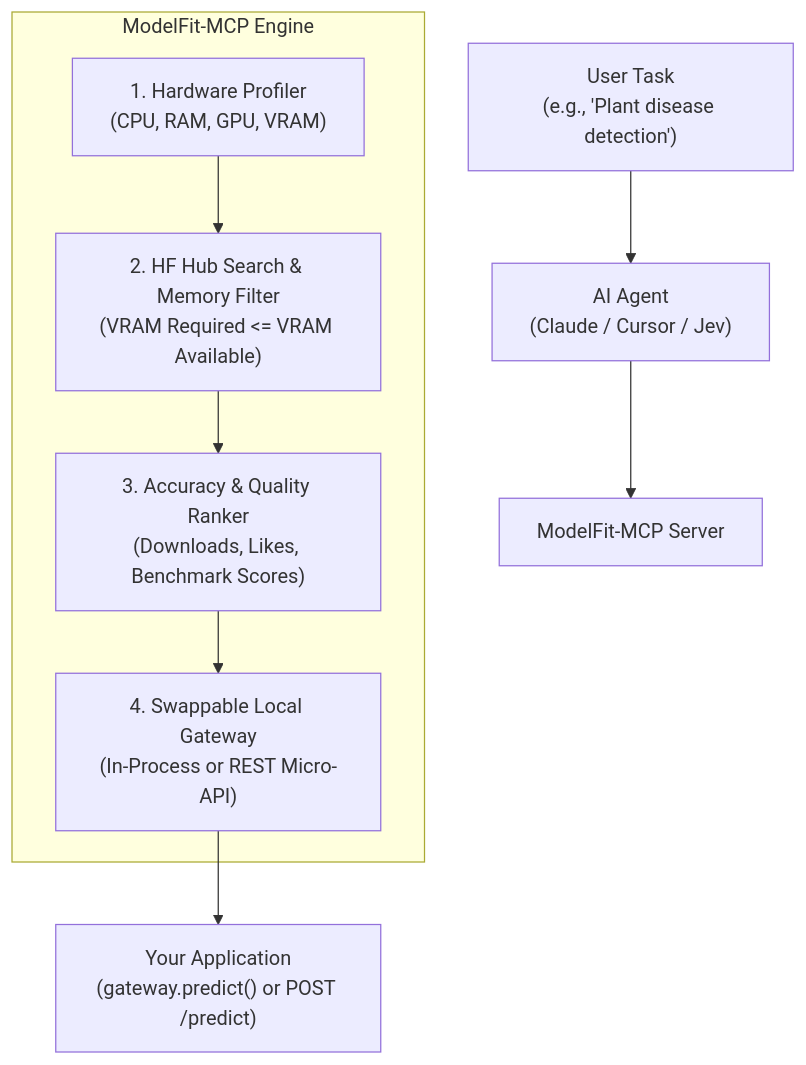
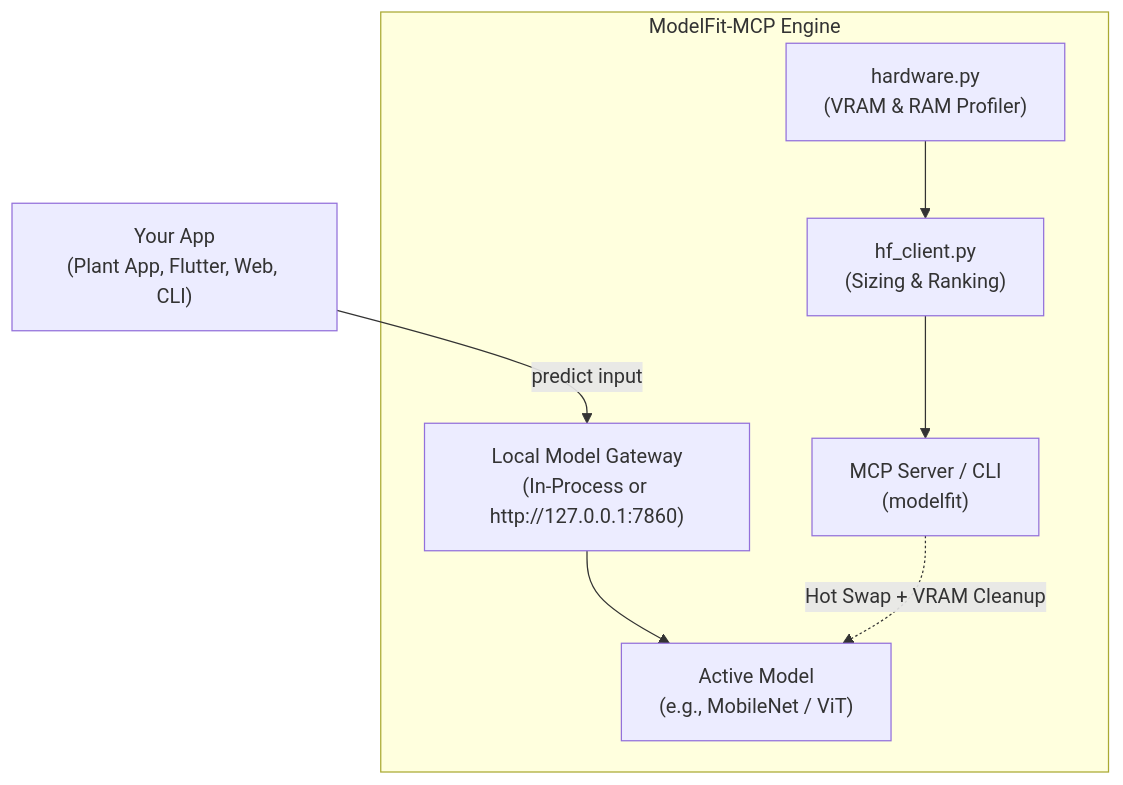
The diagram in README.md (DumboDhruvi/ModelFit-MCP), drawn with Mermaid before and after one commit. The commit also changed other lines of this file and 10 other files, not shown here.

Commit message:
feat: add multi-modal support, CLI, Flutter/Node generators, CI/CD, and expanded test suite

````diff
--- a/README.md
+++ b/README.md
@@ -23,18 +25,11 @@
 ```mermaid
 flowchart TD
-    User["User Task\n(e.g., 'Plant disease detection')"] --> Agent["AI Agent\n(Claude / Cursor / Jev)"]
-    Agent --> MCP["ModelFit-MCP Server"]
+    User["Your App\n(Plant App, Flutter, Web, CLI)"] -->|predict input| Gateway["Local Model Gateway\n(In-Process or http://127.0.0.1:7860)"]
     
     subgraph Engine["ModelFit-MCP Engine"]
-        Profiler["1. Hardware Profiler\n(CPU, RAM, GPU, VRAM)"]
-        HFFilter["2. HF Hub Search & Memory Filter\n(VRAM Required <= VRAM Available)"]
-        Ranker["3. Accuracy & Quality Ranker\n(Downloads, Likes, Benchmark Scores)"]
-        Gateway["4. Swappable Local Gateway\n(In-Process or REST Micro-API)"]
-        
-        Profiler --> HFFilter
-        HFFilter --> Ranker
-        Ranker --> Gateway
+        Gateway --> ActiveModel["Active Model\n(e.g., MobileNet / ViT)"]
+        MCP["MCP Server / CLI\n(modelfit)"] -.->|Hot Swap + VRAM Cleanup| ActiveModel
+        Profiler["hardware.py\n(VRAM & RAM Profiler)"] --> HFFilter["hf_client.py\n(Sizing & Ranking)"]
+        HFFilter --> MCP
     end
-    
-    Gateway --> App["Your Application\n(gateway.predict() or POST /predict)"]
 ```
````
